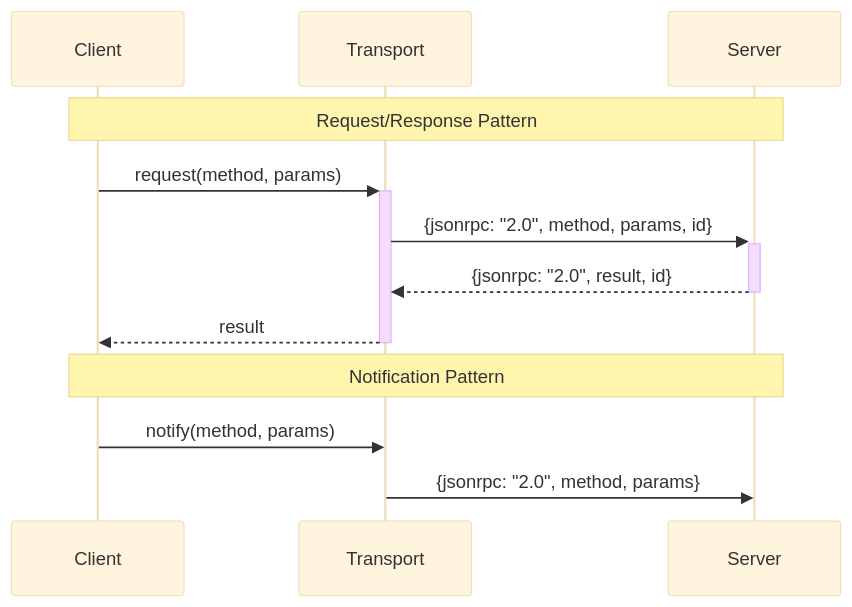
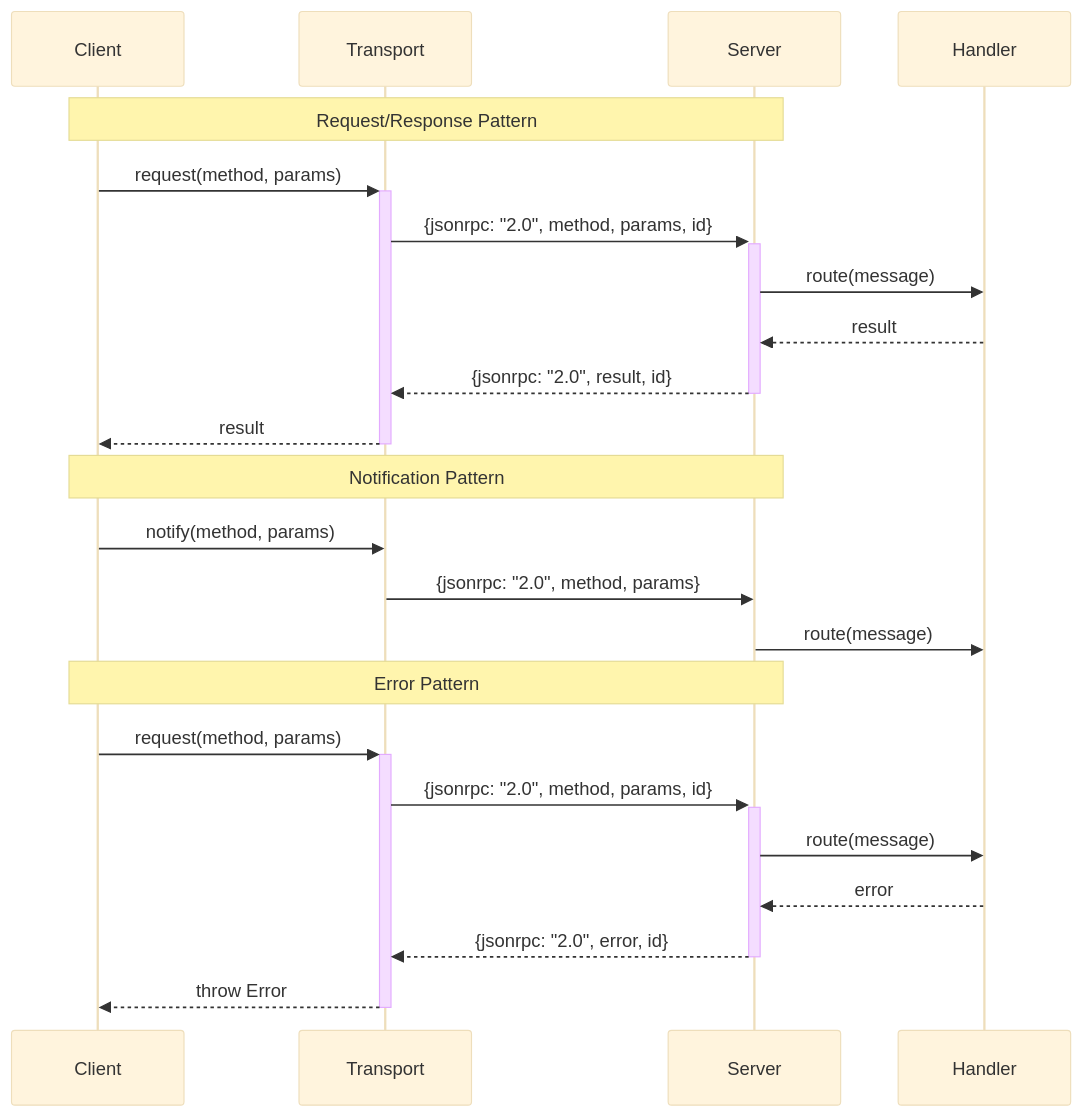
One commit to sparesparrow/cursor-rules changed the second of 4 diagrams in .cursor/rules/diagrams/mcp-core-concepts.mdc. Above: the diagram before and after it, drawn with Mermaid (base theme). The commit also changed other lines of this file and 5 other files, not shown here.

````diff
--- a/.cursor/rules/diagrams/mcp-core-concepts.mdc
+++ b/.cursor/rules/diagrams/mcp-core-concepts.mdc
@@ -64,16 +112,28 @@
 ```mermaid
 sequenceDiagram
     participant C as Client
     participant T as Transport
     participant S as Server
+    participant H as Handler
 
     Note over C,S: Request/Response Pattern
     C->>+T: request(method, params)
     T->>+S: {jsonrpc: "2.0", method, params, id}
+    S->>H: route(message)
+    H-->>S: result
     S-->>-T: {jsonrpc: "2.0", result, id}
     T-->>-C: result
 
     Note over C,S: Notification Pattern
     C->>T: notify(method, params)
     T->>S: {jsonrpc: "2.0", method, params}
+    S->>H: route(message)
+
+    Note over C,S: Error Pattern
+    C->>+T: request(method, params)
+    T->>+S: {jsonrpc: "2.0", method, params, id}
+    S->>H: route(message)
+    H-->>S: error
+    S-->>-T: {jsonrpc: "2.0", error, id}
+    T-->>-C: throw Error
 ```
````
